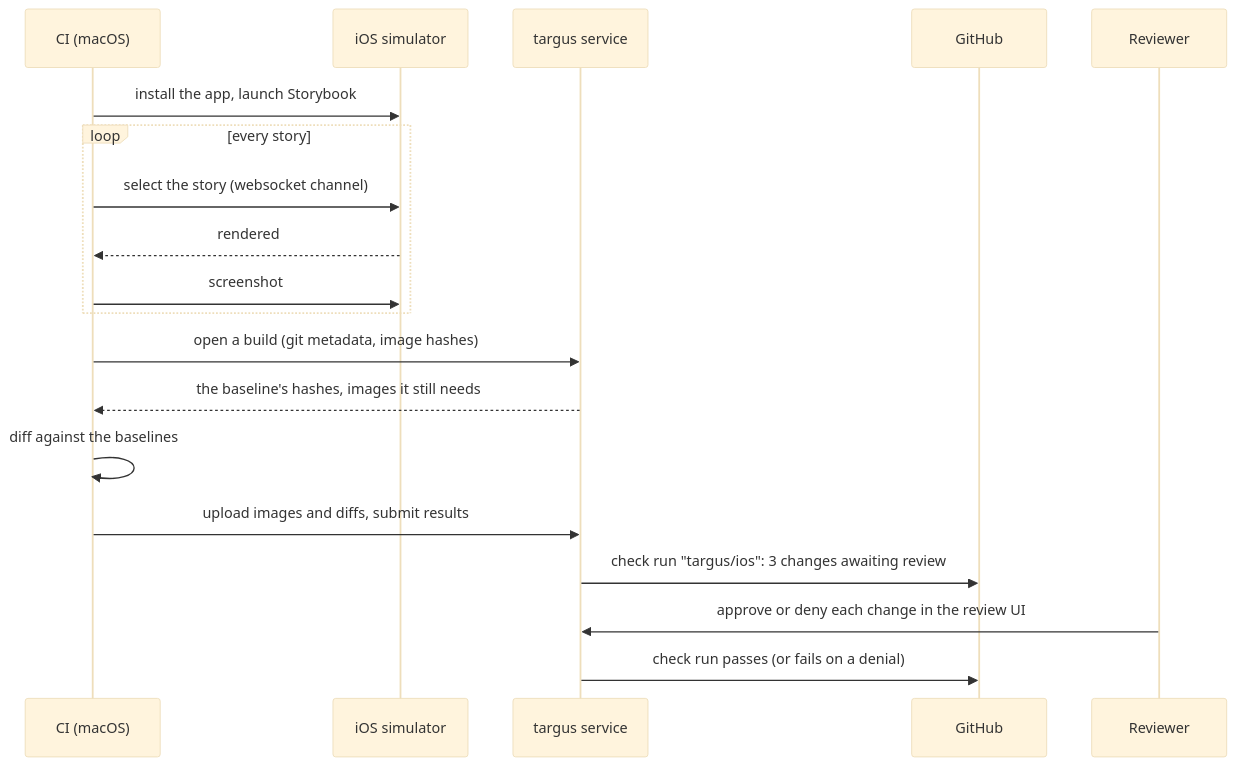
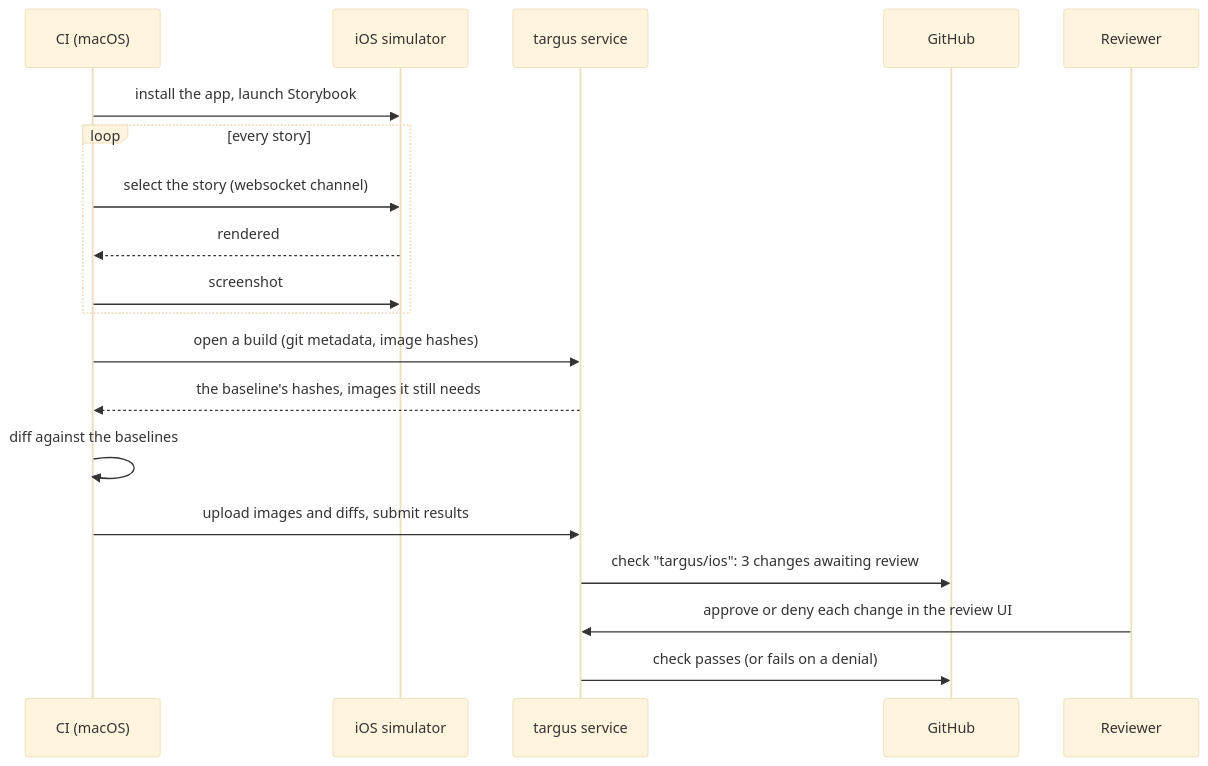
The diagram in docs/guide/overview.md (maxcwolf/targus), drawn with Mermaid (base theme) before and after one commit. The commit also changed other lines of this file and 23 other files, not shown here.

````diff
--- a/docs/guide/overview.md
+++ b/docs/guide/overview.md
@@ -29,21 +29,21 @@
 ```mermaid
 sequenceDiagram
     participant CI as CI (macOS)
     participant Sim as iOS simulator
     participant API as targus service
     participant GH as GitHub
     participant You as Reviewer
     CI->>Sim: install the app, launch Storybook
     loop every story
         CI->>Sim: select the story (websocket channel)
         Sim-->>CI: rendered
         CI->>Sim: screenshot
     end
     CI->>API: open a build (git metadata, image hashes)
     API-->>CI: the baseline's hashes, images it still needs
     CI->>CI: diff against the baselines
     CI->>API: upload images and diffs, submit results
-    API->>GH: check run "targus/ios": 3 changes awaiting review
+    API->>GH: check "targus/ios": 3 changes awaiting review
     You->>API: approve or deny each change in the review UI
-    API->>GH: check run passes (or fails on a denial)
+    API->>GH: check passes (or fails on a denial)
 ```
````
